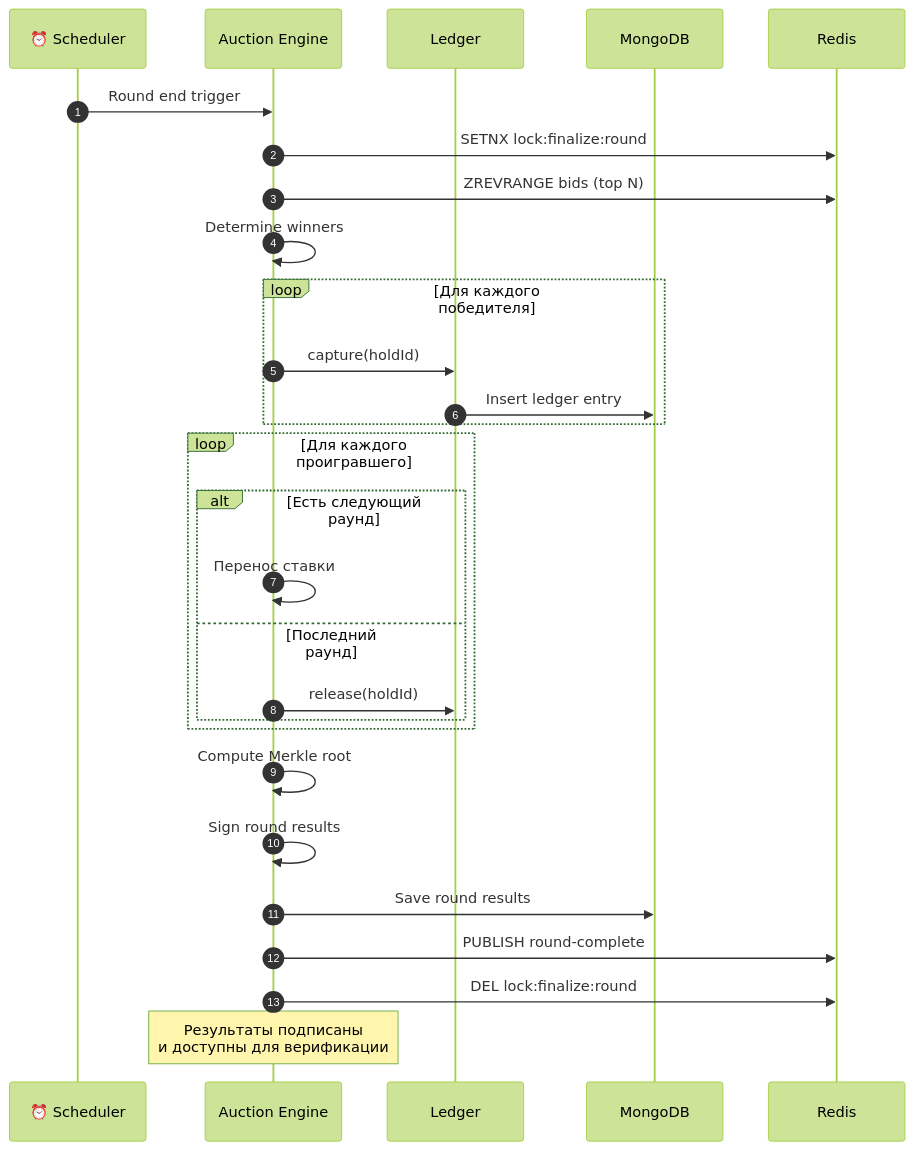
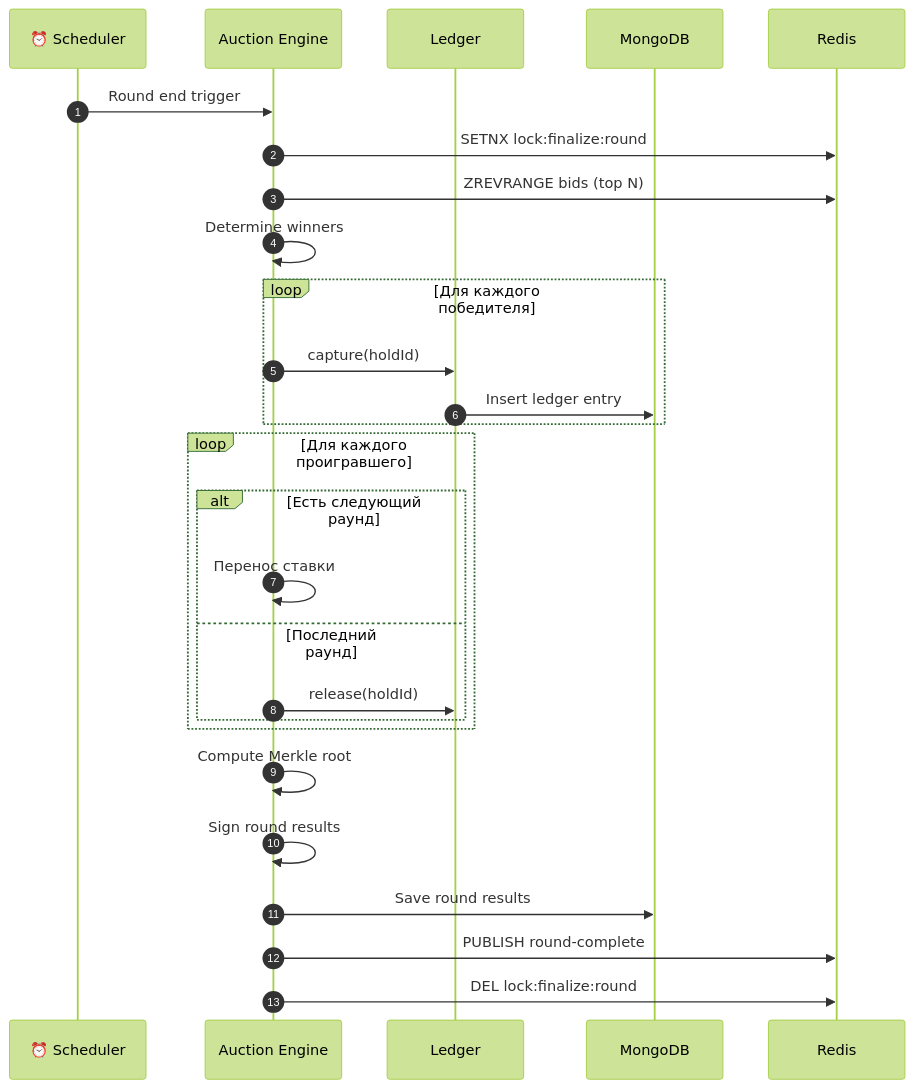
One commit to germanProgq/crypto-hackathon changed the sixth of 9 diagrams in README.md. Above: the diagram before and after it, drawn with Mermaid (forest theme). The commit also changed other lines of this file and 1 other file, not shown here.

````diff
--- a/README.md
+++ b/README.md
@@ -294,38 +446,36 @@
 ```mermaid
 sequenceDiagram
     autonumber
     participant Scheduler as ⏰ Scheduler
     participant Engine as Auction Engine
     participant Ledger as Ledger
     participant Mongo as MongoDB
     participant Redis as Redis
     
     Scheduler->>Engine: Round end trigger
     
     Engine->>Redis: SETNX lock:finalize:round
     
     Engine->>Redis: ZREVRANGE bids (top N)
     Engine->>Engine: Determine winners
     
     loop Для каждого победителя
         Engine->>Ledger: capture(holdId)
         Ledger->>Mongo: Insert ledger entry
     end
     
     loop Для каждого проигравшего
         alt Есть следующий раунд
             Engine->>Engine: Перенос ставки
         else Последний раунд
             Engine->>Ledger: release(holdId)
         end
     end
     
     Engine->>Engine: Compute Merkle root
     Engine->>Engine: Sign round results
     
     Engine->>Mongo: Save round results
     Engine->>Redis: PUBLISH round-complete
     Engine->>Redis: DEL lock:finalize:round
-    
-    Note over Engine: Результаты подписаны<br/>и доступны для верификации
 ```
````
